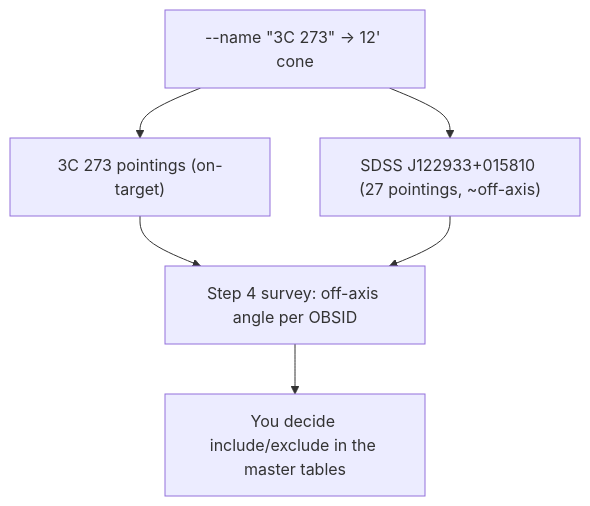
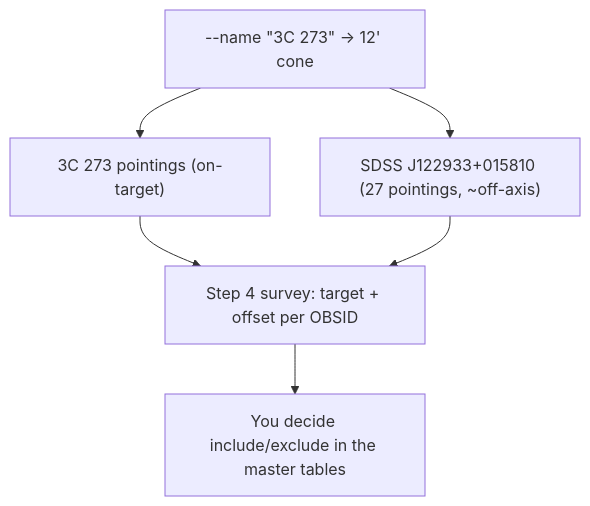
The second of 2 diagrams in docs/02-download.md (etmeyer/SwiftXRT_Complete), drawn with Mermaid before and after one commit. The commit also changed other lines of this file and 4 other files, not shown here.

First line of the commit message:
Write docs/04-survey.md; point README Step 4 at it

````diff
--- a/docs/02-download.md
+++ b/docs/02-download.md
@@ -171,8 +173,8 @@
    ```mermaid
    flowchart TD
      N["--name &quot;3C 273&quot; → 12' cone"] --> A["3C 273 pointings (on-target)"]
      N --> B["SDSS J122933+015810 (27 pointings, ~off-axis)"]
-     A --> S["Step 4 survey: off-axis angle per OBSID"]
+     A --> S["Step 4 survey: target + offset per OBSID"]
      B --> S
      S --> M["You decide include/exclude in the master tables"]
    ```
````
